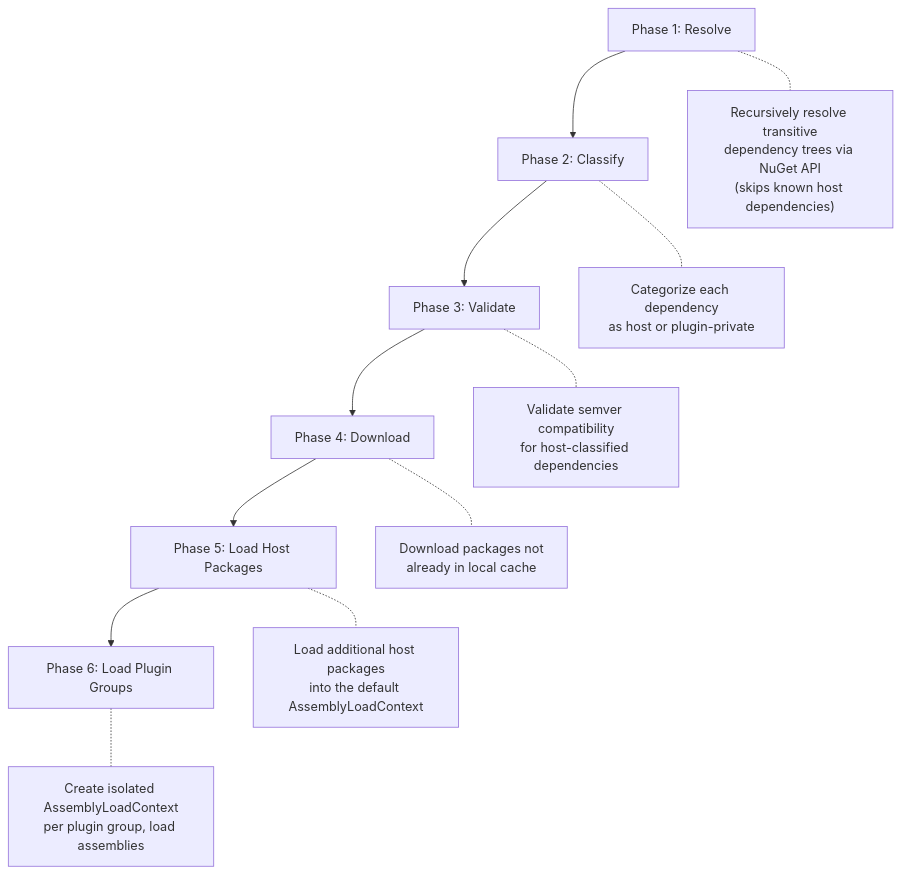
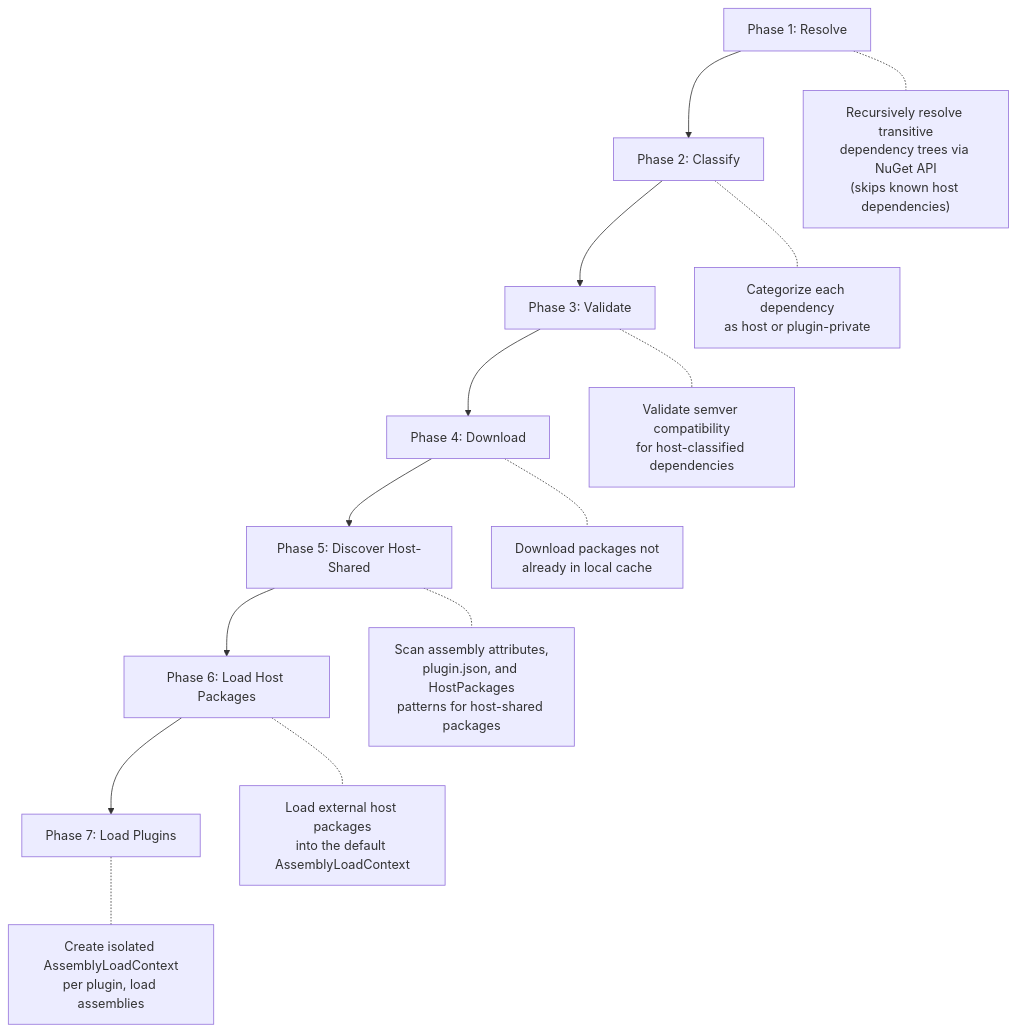
Before and after one commit to RicoSuter/Namotion.Interceptor: the first of 2 diagrams in src/HomeBlaze/Namotion.NuGet.Plugins/README.md, drawn with Mermaid. The commit also changed other lines of this file and 58 other files, not shown here.

First line of the commit message:
feature: Add automatic host-shared package discovery and enrich plugin metadata

````diff
--- a/src/HomeBlaze/Namotion.NuGet.Plugins/README.md
+++ b/src/HomeBlaze/Namotion.NuGet.Plugins/README.md
@@ -89,15 +100,17 @@
 ```mermaid
 flowchart TD
     A["Phase 1: Resolve"] --> B["Phase 2: Classify"]
     B --> C["Phase 3: Validate"]
     C --> D["Phase 4: Download"]
-    D --> E["Phase 5: Load Host Packages"]
-    E --> F["Phase 6: Load Plugin Groups"]
+    D --> D2["Phase 5: Discover Host-Shared"]
+    D2 --> E["Phase 6: Load Host Packages"]
+    E --> F["Phase 7: Load Plugins"]
 
     A -.- A1["Recursively resolve transitive\ndependency trees via NuGet API\n(skips known host dependencies)"]
     B -.- B1["Categorize each dependency\nas host or plugin-private"]
     C -.- C1["Validate semver compatibility\nfor host-classified dependencies"]
     D -.- D1["Download packages not\nalready in local cache"]
-    E -.- E1["Load additional host packages\ninto the default AssemblyLoadContext"]
-    F -.- F1["Create isolated AssemblyLoadContext\nper plugin group, load assemblies"]
+    D2 -.- D2a["Scan assembly attributes,\nplugin.json, and HostPackages\npatterns for host-shared packages"]
+    E -.- E1["Load external host packages\ninto the default AssemblyLoadContext"]
+    F -.- F1["Create isolated AssemblyLoadContext\nper plugin, load assemblies"]
 ```
````
